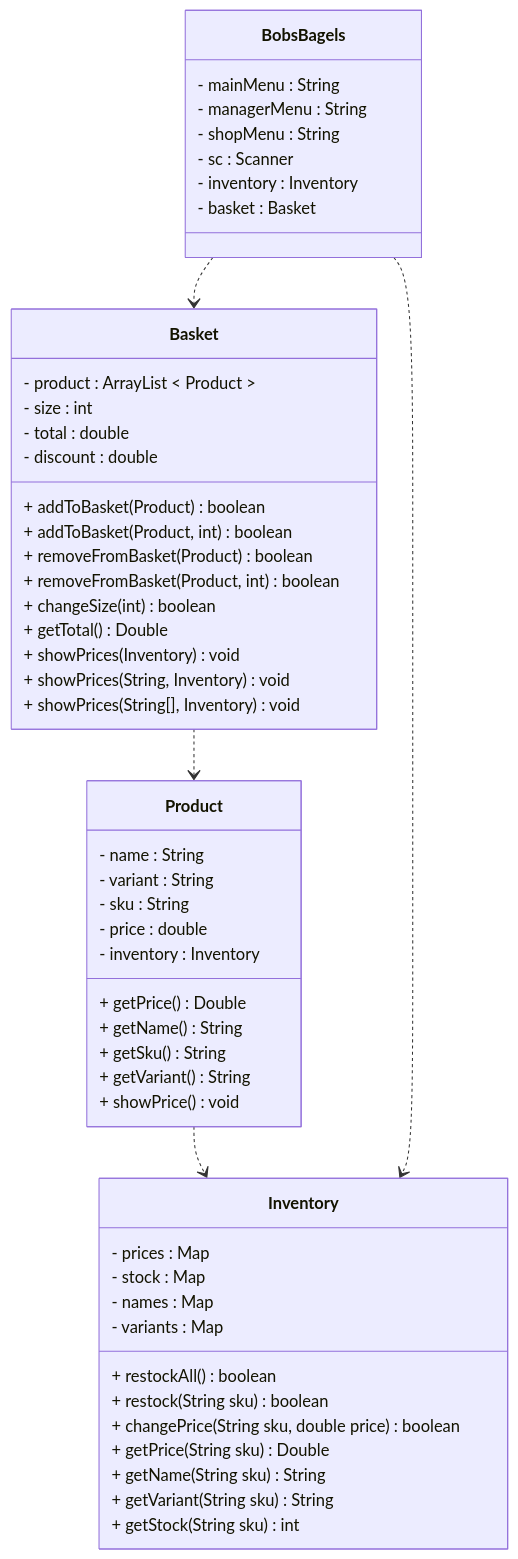
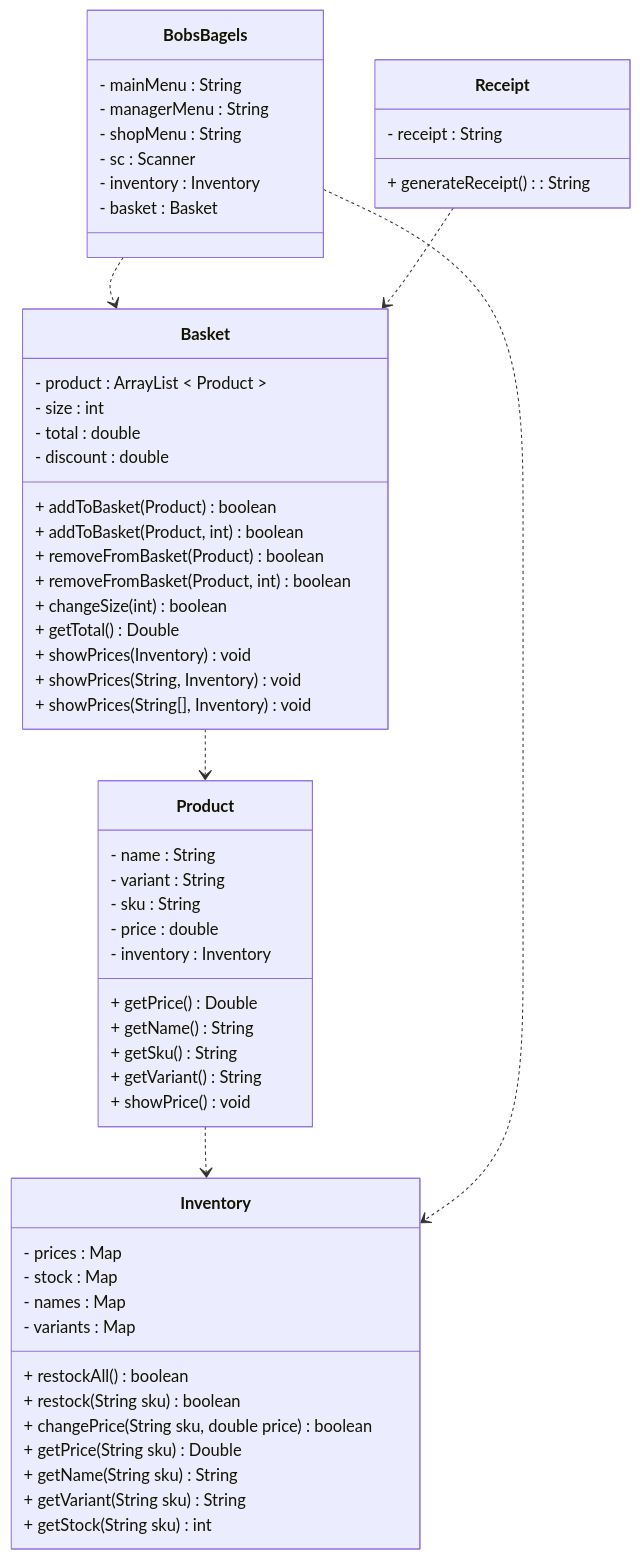
The diagram in class-diagram.md (nora-hansen/java-tdd-oop-bobs-bagels), drawn with Mermaid before and after one commit. The commit also changed 12 other files, not shown here.

Commit message:
Moved extension to extension. Updated class diagram for receipts

`````diff
--- a/class-diagram.md
+++ b/class-diagram.md
@@ -1,55 +1,60 @@
 ````mermaid
 classDiagram
     class Basket{    
         - product : ArrayList < Product >
         - size : int
         - total : double
         - discount : double
         + addToBasket(Product) boolean
         + addToBasket(Product, int) boolean
         + removeFromBasket(Product) boolean
         + removeFromBasket(Product, int) boolean
         + changeSize(int) boolean
         + getTotal() Double
         + showPrices(Inventory) void
         + showPrices(String, Inventory) void
         + showPrices(String[], Inventory) void
         }
     class Product{    
         - name : String
         - variant : String
         - sku : String
         - price : double
         - inventory : Inventory
         + getPrice() Double
         + getName() String
         + getSku() String
         + getVariant() String
         + showPrice() void
         }
     class Inventory{    
         - prices : Map
         - stock : Map
         - names : Map
         - variants : Map
         + restockAll() boolean
         + restock(String sku) boolean
         + changePrice(String sku, double price) boolean
         + getPrice(String sku) Double
         + getName(String sku) String
         + getVariant(String sku) String
         + getStock(String sku) int
         }
     class BobsBagels{
         - mainMenu : String
         - managerMenu : String
         - shopMenu : String
         - sc : Scanner
         - inventory : Inventory
         - basket : Basket
     }
+    class Receipt{
+        - receipt : String
+        + generateReceipt() : String
+    }
     Basket ..> Product
     Product ..> Inventory
     BobsBagels ..> Basket
     BobsBagels ..> Inventory
+    Receipt ..> Basket
 ````
`````
